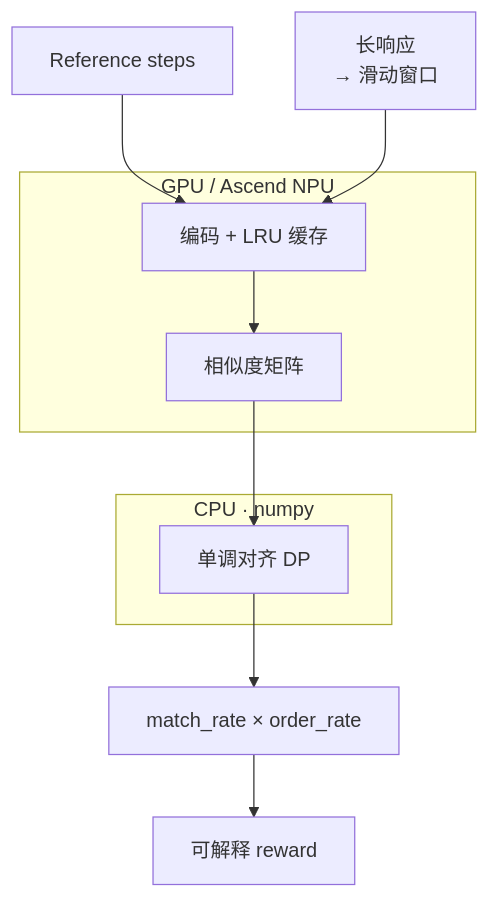
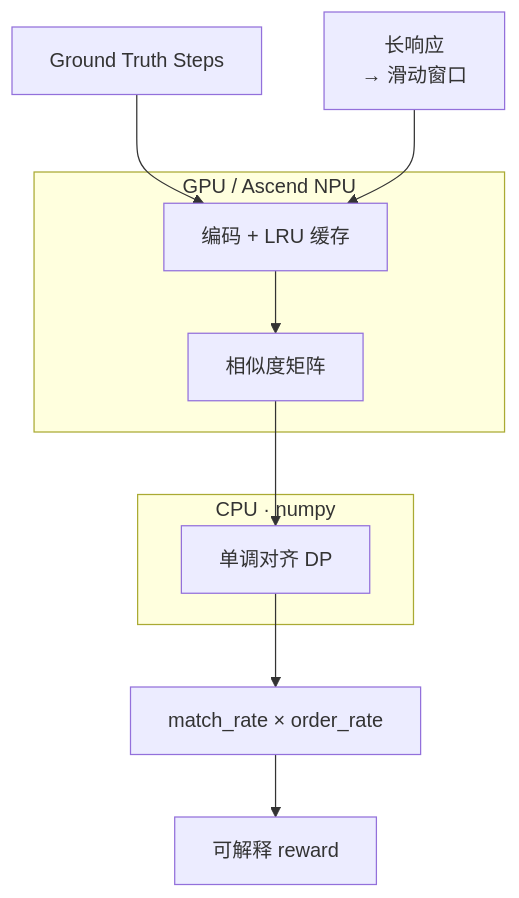
The diagram in README.zh-CN.md (VictorD1024/Reward-Align-Scorer), drawn with Mermaid before and after one commit.

Commit message:
Update READMEs with latest changes

````diff
--- a/README.zh-CN.md
+++ b/README.zh-CN.md
@@ -15,14 +15,14 @@
 ```mermaid
 flowchart TD
-    R["Reference steps"] --> E
+    R["Ground Truth Steps"] --> E
     W["长响应<br/>→ 滑动窗口"] --> E
     subgraph GPU["GPU / Ascend NPU"]
         E["编码 + LRU 缓存"] --> S["相似度矩阵"]
     end
     S --> D
     subgraph CPU["CPU · numpy"]
         D["单调对齐 DP"]
     end
     D --> O["match_rate × order_rate"]
     O --> Score["可解释 reward"]
 ```
````
